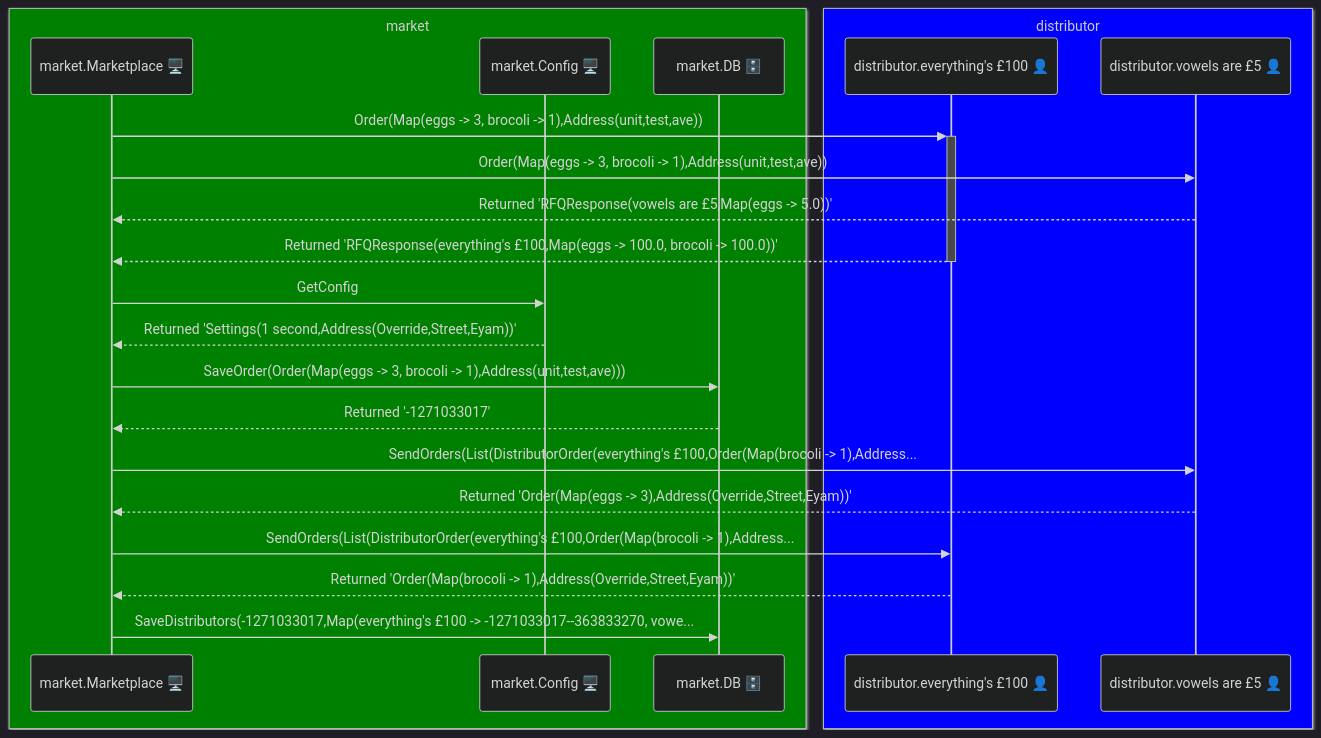
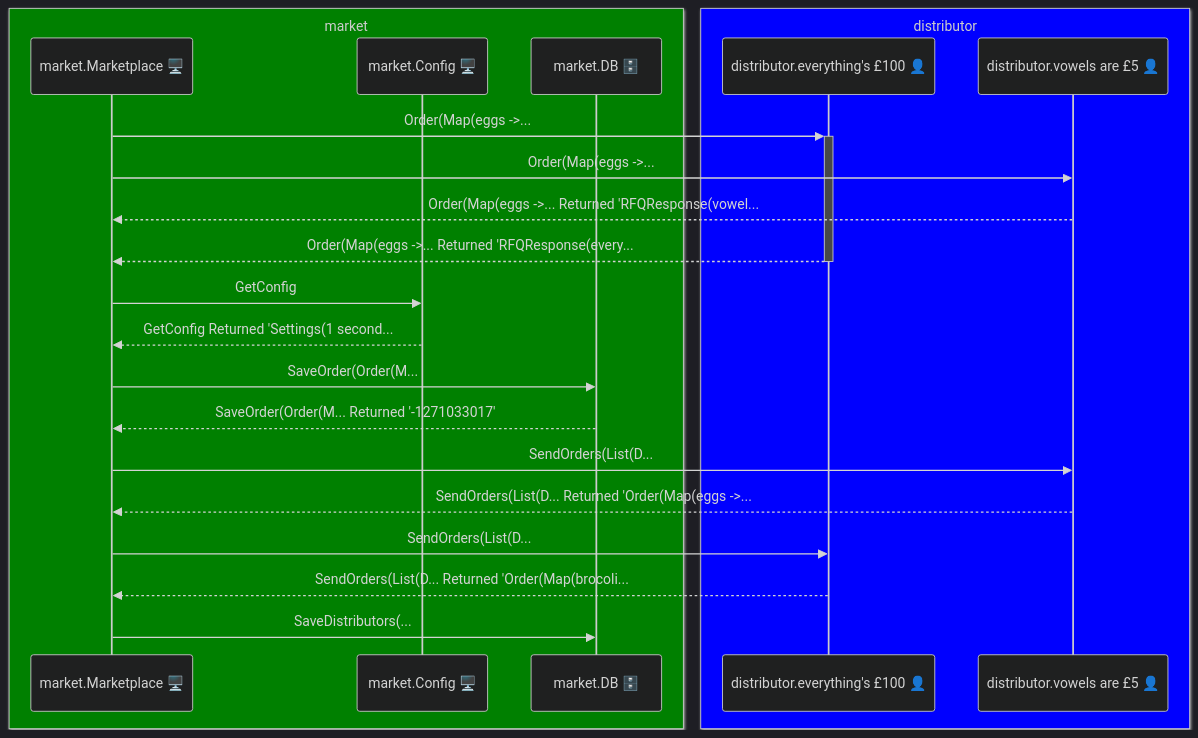
Before and after one commit to aaronp/counterparty: the second of 3 diagrams in docs/scenarios.md, drawn with Mermaid. The commit also changed other lines of this file and 2 other files, not shown here.

````diff
--- a/docs/scenarios.md
+++ b/docs/scenarios.md
@@ -53,27 +53,27 @@
 ```mermaid
 %%{init: {"theme": "dark", 
 "themeVariables": {"primaryTextColor": "grey", "secondaryTextColor": "black", "fontFamily": "Arial", "fontSize": 14, "primaryColor": "#3498db"}}}%%
 sequenceDiagram
 	box green market
 	participant market.Marketplace 🖥️
 	participant market.Config 🖥️
 	participant market.DB 🗄️
 	end
 	box blue distributor
 	participant distributor.everything's £100 👤
 	participant distributor.vowels are £5 👤
 	end
-	market.Marketplace 🖥️ ->>+ distributor.everything's £100 👤 : Order(Map(eggs -> 3, brocoli -> 1),Address(unit,test,ave))
-	market.Marketplace 🖥️ ->> distributor.vowels are £5 👤 : Order(Map(eggs -> 3, brocoli -> 1),Address(unit,test,ave))
-	distributor.vowels are £5 👤 -->> market.Marketplace 🖥️ : Returned 'RFQResponse(vowels are £5,Map(eggs -> 5.0))'
-	distributor.everything's £100 👤 -->>- market.Marketplace 🖥️ : Returned 'RFQResponse(everything's £100,Map(eggs -> 100.0, brocoli -> 100.0))'
-	market.Marketplace 🖥️ ->> market.Config 🖥️ : GetConfig
-	market.Config 🖥️ -->> market.Marketplace 🖥️ : Returned 'Settings(1 second,Address(Override,Street,Eyam))'
-	market.Marketplace 🖥️ ->> market.DB 🗄️ : SaveOrder(Order(Map(eggs -> 3, brocoli -> 1),Address(unit,test,ave)))
-	market.DB 🗄️ -->> market.Marketplace 🖥️ : Returned '-1271033017'
-	market.Marketplace 🖥️ ->> distributor.vowels are £5 👤 : SendOrders(List(DistributorOrder(everything's £100,Order(Map(brocoli -> 1),Address...
-	distributor.vowels are £5 👤 -->> market.Marketplace 🖥️ : Returned 'Order(Map(eggs -> 3),Address(Override,Street,Eyam))'
-	market.Marketplace 🖥️ ->> distributor.everything's £100 👤 : SendOrders(List(DistributorOrder(everything's £100,Order(Map(brocoli -> 1),Address...
-	distributor.everything's £100 👤 -->> market.Marketplace 🖥️ : Returned 'Order(Map(brocoli -> 1),Address(Override,Street,Eyam))'
-	market.Marketplace 🖥️ ->> market.DB 🗄️ : SaveDistributors(-1271033017,Map(everything's £100 -> -1271033017--363833270, vowe...
+	market.Marketplace 🖥️ ->>+ distributor.everything's £100 👤 : Order(Map(eggs ->... 
+	market.Marketplace 🖥️ ->> distributor.vowels are £5 👤 : Order(Map(eggs ->... 
+	distributor.vowels are £5 👤 -->> market.Marketplace 🖥️ : Order(Map(eggs ->... Returned 'RFQResponse(vowel...
+	distributor.everything's £100 👤 -->>- market.Marketplace 🖥️ : Order(Map(eggs ->... Returned 'RFQResponse(every...
+	market.Marketplace 🖥️ ->> market.Config 🖥️ : GetConfig 
+	market.Config 🖥️ -->> market.Marketplace 🖥️ : GetConfig Returned 'Settings(1 second...
+	market.Marketplace 🖥️ ->> market.DB 🗄️ : SaveOrder(Order(M... 
+	market.DB 🗄️ -->> market.Marketplace 🖥️ : SaveOrder(Order(M... Returned '-1271033017'
+	market.Marketplace 🖥️ ->> distributor.vowels are £5 👤 : SendOrders(List(D... 
+	distributor.vowels are £5 👤 -->> market.Marketplace 🖥️ : SendOrders(List(D... Returned 'Order(Map(eggs ->...
+	market.Marketplace 🖥️ ->> distributor.everything's £100 👤 : SendOrders(List(D... 
+	distributor.everything's £100 👤 -->> market.Marketplace 🖥️ : SendOrders(List(D... Returned 'Order(Map(brocoli...
+	market.Marketplace 🖥️ ->> market.DB 🗄️ : SaveDistributors(... 
 ```
````
